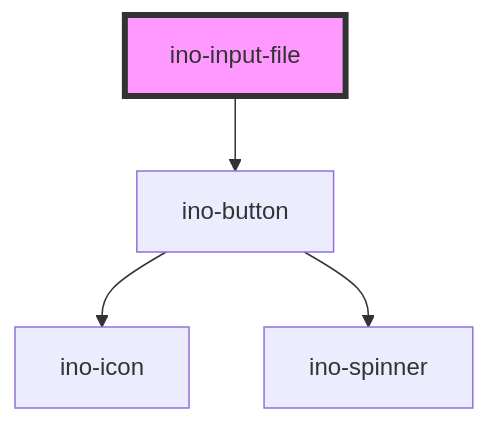
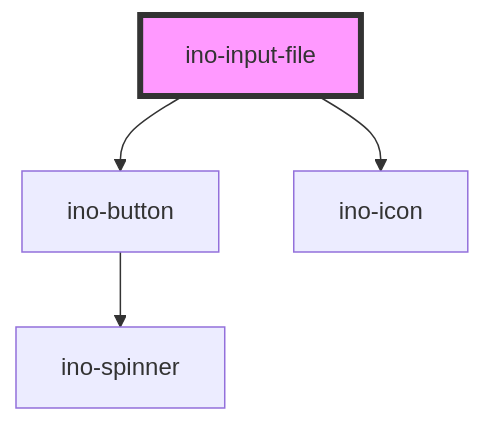
Before and after one commit to inovex/elements: the diagram in packages/elements/src/components/ino-input-file/readme.md, drawn with Mermaid. The commit also changed other lines of this file and 12 other files, not shown here.

First line of the commit message:
refactor(elements|ino-button): replace icon property with icon slot (#28)

````diff
--- a/packages/elements/src/components/ino-input-file/readme.md
+++ b/packages/elements/src/components/ino-input-file/readme.md
@@ -104,7 +105,7 @@
 ```mermaid
 graph TD;
   ino-input-file --> ino-button
-  ino-button --> ino-icon
+  ino-input-file --> ino-icon
   ino-button --> ino-spinner
   style ino-input-file fill:#f9f,stroke:#333,stroke-width:4px
 ```
````
